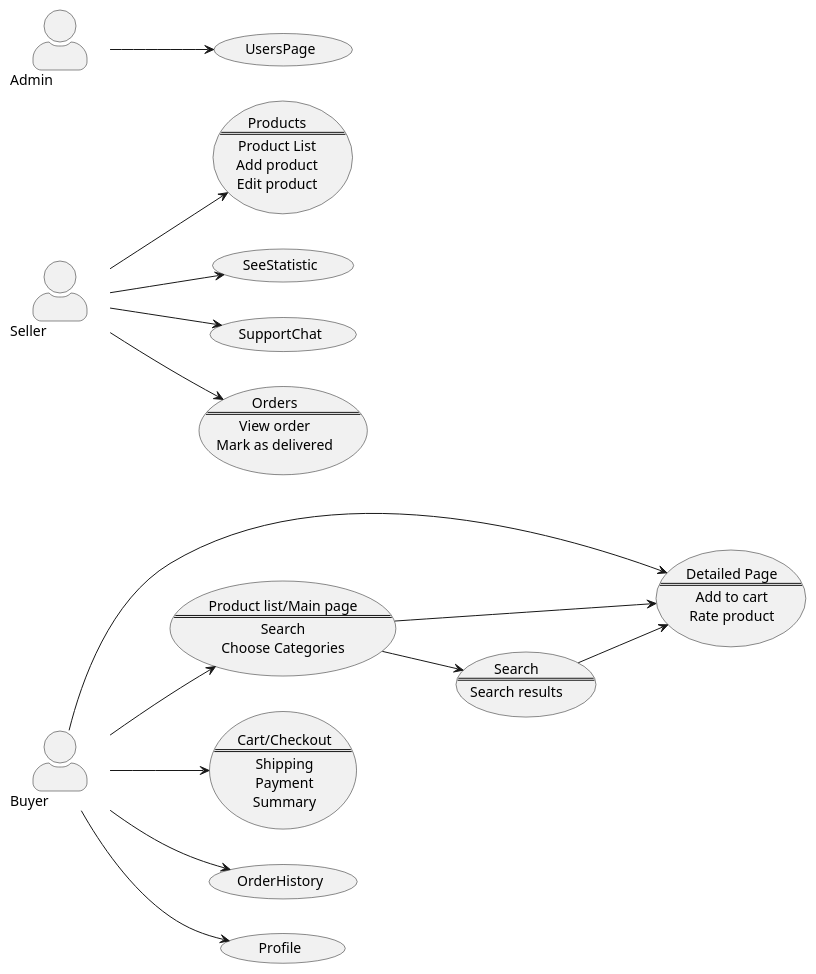
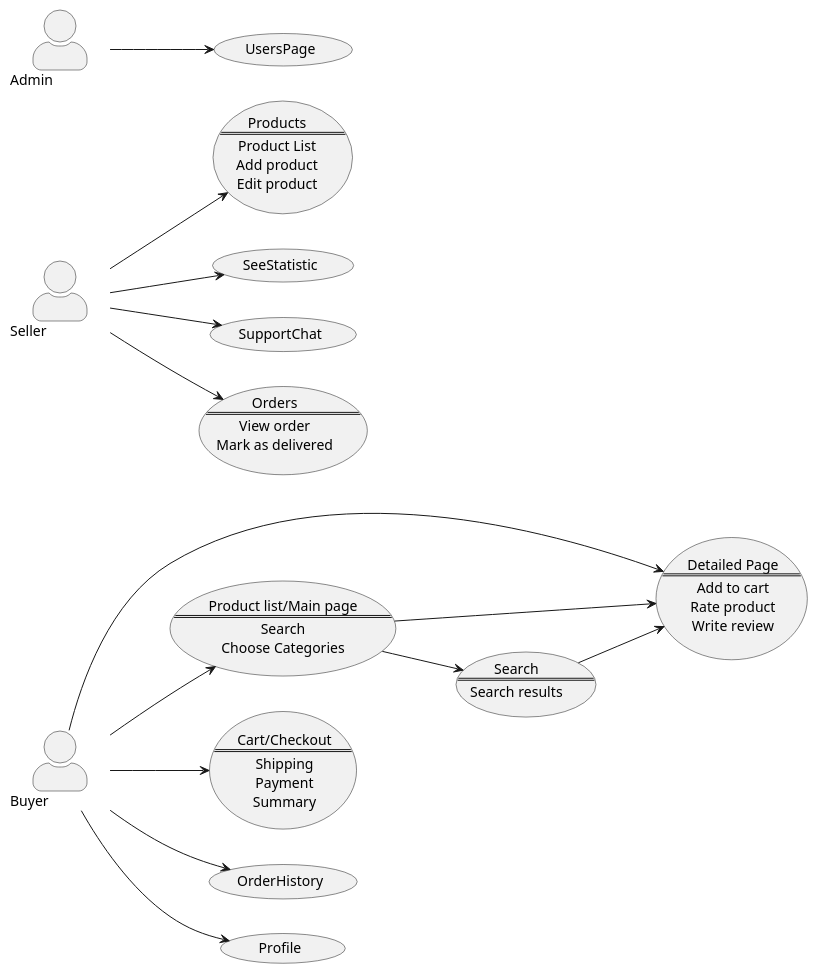
Before and after one commit to overmesgit/flaskShop: the diagram in cases.puml, drawn with PlantUML. The commit also changed 8 other files, not shown here.

```diff
--- a/cases.puml
+++ b/cases.puml
@@ -1,68 +1,69 @@
 @startuml
 skinparam actorStyle awesome
 skinparam minClassWidth 100
 left to right direction
 
 :Buyer:
 usecase DetailedPage as "
   Detailed Page
   ==
   Add to cart
   Rate product
+  Write review
 "
 usecase ProductList as "
   Product list/Main page
   ==
   Search
   Choose Categories
 "
 
 usecase Search as "
   Search
   ==
   Search results
 "
 
 usecase Checkout as "
   Cart/Checkout
   ==
   Shipping
   Payment
   Summary
 "
 
 Buyer --> (OrderHistory)
 Buyer --> (Profile)
 
 Buyer --> ProductList
 Buyer --> DetailedPage
 Buyer --> Checkout
 ProductList --> Search
 ProductList --> DetailedPage
 Search --> DetailedPage
 
 :Seller:
 usecase Product as "
   Products
   ==
   Product List
   Add product
   Edit product
 "
 Seller --> Product
 
 Seller --> (SeeStatistic)
 Seller --> (SupportChat)
 
 usecase Order as "
   Orders
   ==
   View order
   Mark as delivered
 "
 Seller --> Order
 
 :Admin:
 Admin --> (UsersPage)
 
 @enduml
```
